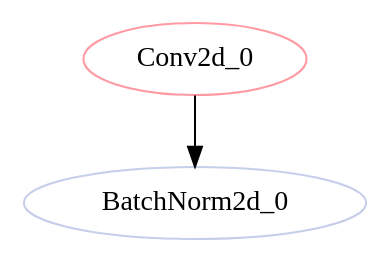
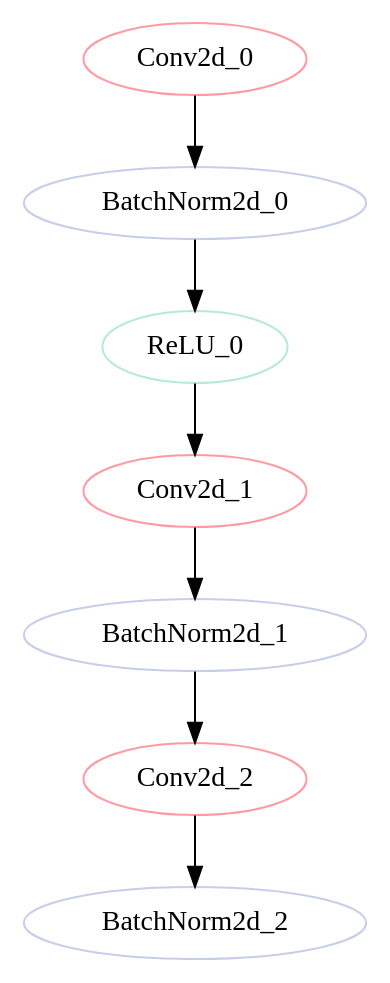
The diagram in dags/resnet101_latency_layer4_0_downsample_0_op.dot (11222-Meng/DNN_Bottlen_Layer_Analysis), drawn with Graphviz before and after one commit. The commit also changed 135 other files, not shown here.

```diff
--- a/dags/resnet101_latency_layer4_0_downsample_0_op.dot
+++ b/dags/resnet101_latency_layer4_0_downsample_0_op.dot
@@ -1,11 +1,36 @@
 strict digraph "" {
 	Conv2d_0	[color="#FF9AA2",
+		layer_name="layer4.0.conv3",
+		params=1048576,
+		type=Conv2d];
+	BatchNorm2d_0	[color="#C7CEEA",
+		layer_name="layer4.0.bn3",
+		params=4096,
+		type=BatchNorm2d];
+	Conv2d_0 -> BatchNorm2d_0;
+	ReLU_0	[color="#B5EAD7",
+		layer_name="layer4.0.relu",
+		params=0,
+		type=ReLU];
+	BatchNorm2d_0 -> ReLU_0;
+	Conv2d_1	[color="#FF9AA2",
 		layer_name="layer4.0.downsample.0",
 		params=2097152,
 		type=Conv2d];
-	BatchNorm2d_0	[color="#C7CEEA",
+	ReLU_0 -> Conv2d_1;
+	BatchNorm2d_1	[color="#C7CEEA",
 		layer_name="layer4.0.downsample.1",
 		params=4096,
 		type=BatchNorm2d];
-	Conv2d_0 -> BatchNorm2d_0;
+	Conv2d_1 -> BatchNorm2d_1;
+	Conv2d_2	[color="#FF9AA2",
+		layer_name="layer4.1.conv1",
+		params=1048576,
+		type=Conv2d];
+	BatchNorm2d_1 -> Conv2d_2;
+	BatchNorm2d_2	[color="#C7CEEA",
+		layer_name="layer4.1.bn1",
+		params=1024,
+		type=BatchNorm2d];
+	Conv2d_2 -> BatchNorm2d_2;
 }
```
